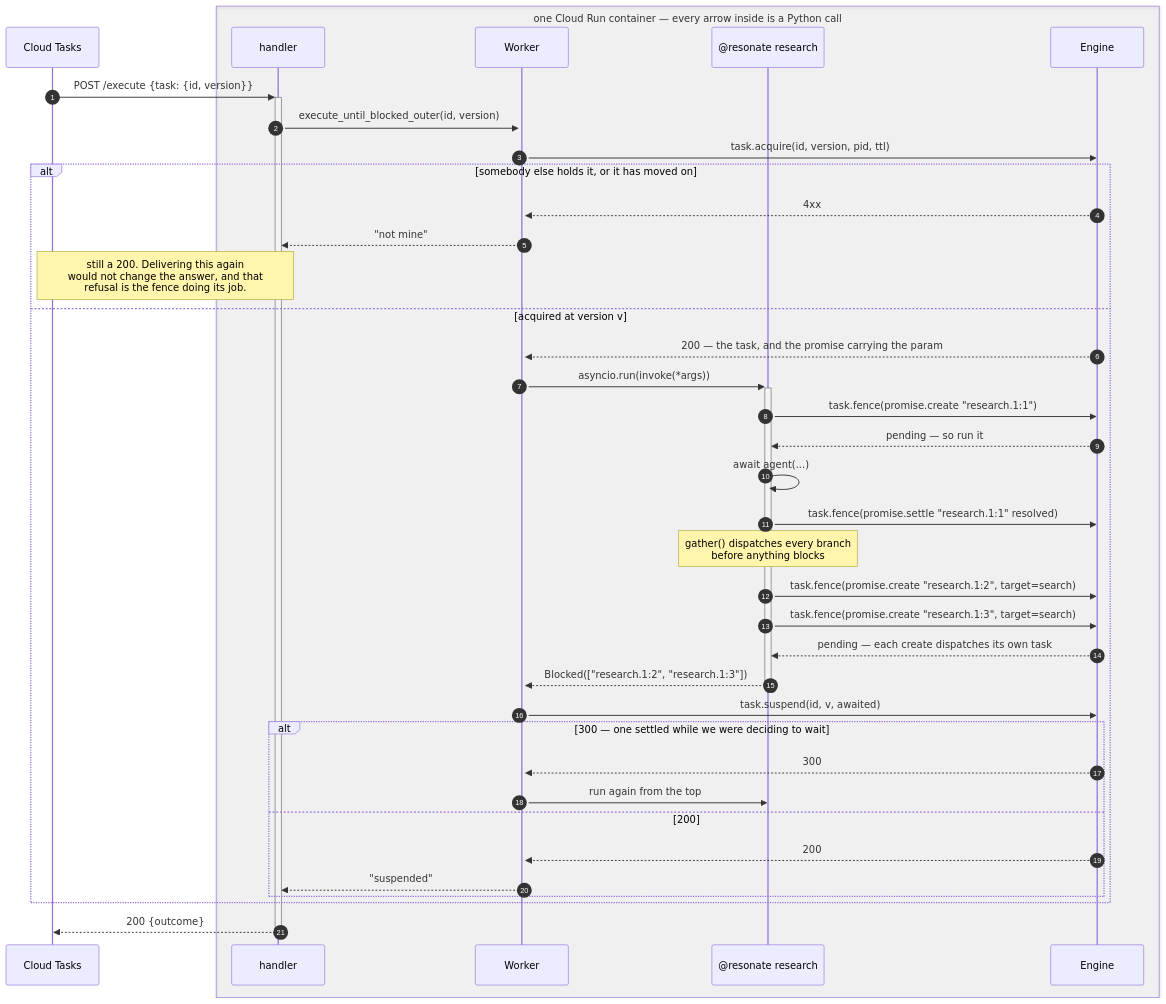
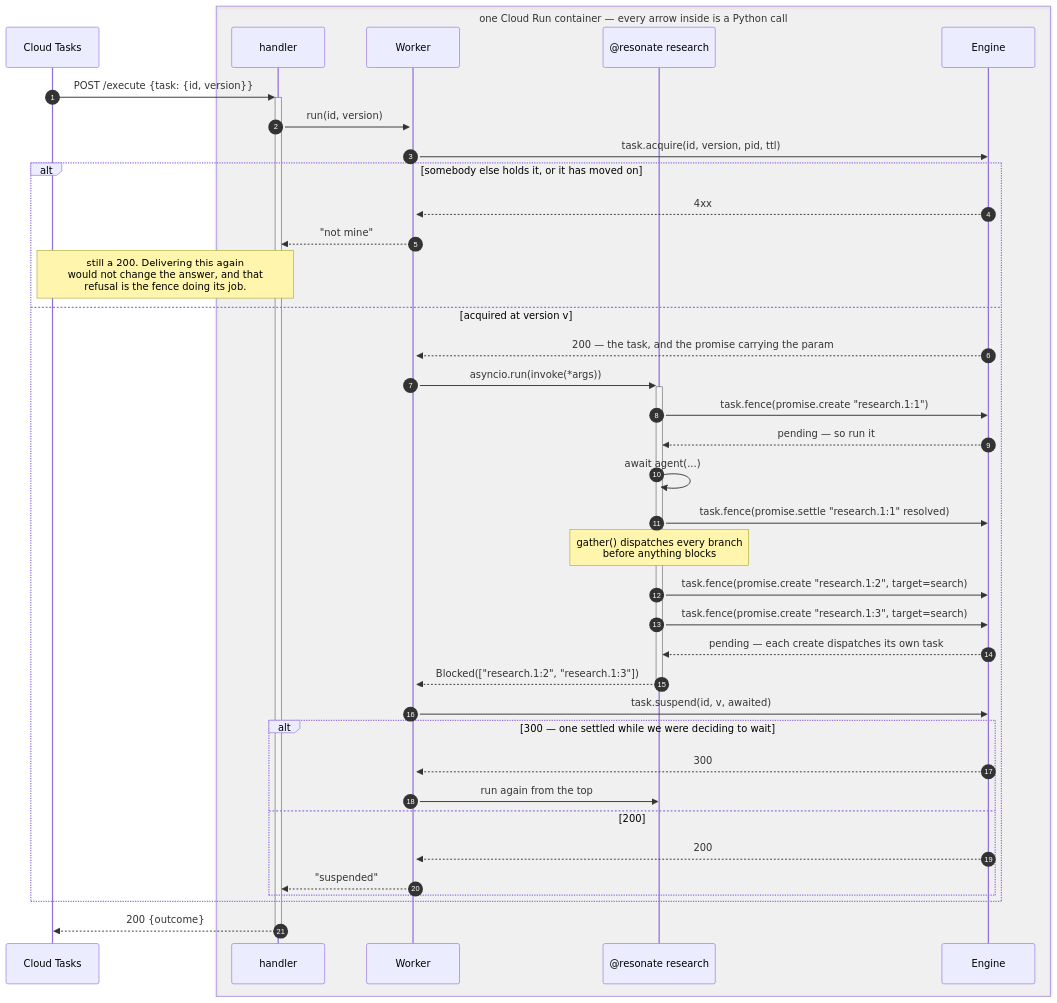
Before and after one commit to resonatehq/durable-execution: the fourth of 6 diagrams in code/final/SEQUENCE.md, drawn with Mermaid. The commit also changed other lines of this file and 42 other files, not shown here.

````diff
--- a/code/final/SEQUENCE.md
+++ b/code/final/SEQUENCE.md
@@ -155,46 +155,46 @@
 ```mermaid
 sequenceDiagram
     autonumber
     participant Q as Cloud Tasks
     box rgba(128,128,128,0.08) one Cloud Run container — every arrow inside is a Python call
         participant H as handler
         participant W as Worker
         participant Fn as @resonate research
         participant E as Engine
     end
 
     Q->>+H: POST /execute {task: {id, version}}
-    H->>+W: execute_until_blocked_outer(id, version)
+    H->>+W: run(id, version)
     W->>E: task.acquire(id, version, pid, ttl)
 
     alt somebody else holds it, or it has moved on
         E-->>W: 4xx
         W-->>H: "not mine"
         Note over H,Q: still a 200. Delivering this again<br/>would not change the answer, and that<br/>refusal is the fence doing its job.
     else acquired at version v
         E-->>W: 200 — the task, and the promise carrying the param
         W->>+Fn: asyncio.run(invoke(*args))
 
         Fn->>E: task.fence(promise.create "research.1:1")
         E-->>Fn: pending — so run it
         Fn->>Fn: await agent(...)
         Fn->>E: task.fence(promise.settle "research.1:1" resolved)
 
         Note over Fn: gather() dispatches every branch<br/>before anything blocks
         Fn->>E: task.fence(promise.create "research.1:2", target=search)
         Fn->>E: task.fence(promise.create "research.1:3", target=search)
         E-->>Fn: pending — each create dispatches its own task
         Fn-->>-W: Blocked(["research.1:2", "research.1:3"])
 
         W->>E: task.suspend(id, v, awaited)
         alt 300 — one settled while we were deciding to wait
             E-->>W: 300
             W->>Fn: run again from the top
         else 200
             E-->>W: 200
             W-->>H: "suspended"
         end
     end
 
     H-->>-Q: 200 {outcome}
 ```
````
